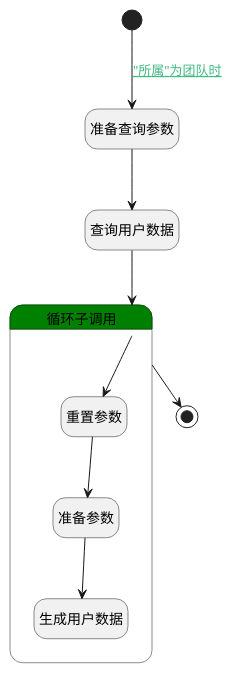
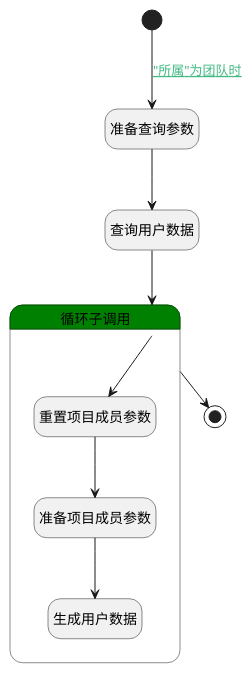
One commit to iBizLab/plm changed the diagram in doc/docsify/module/ProjMgmt/project/logic/auto_create_members.md. Above: the diagram before and after it, drawn with PlantUML. The commit also changed other lines of this file and 1778 other files, not shown here.

````diff
--- a/doc/docsify/module/ProjMgmt/project/logic/auto_create_members.md
+++ b/doc/docsify/module/ProjMgmt/project/logic/auto_create_members.md
@@ -7,32 +7,32 @@
 ```plantuml
 @startuml
 hide empty description
 <style>
 root {
   HyperlinkColor #42b983
 }
 </style>
 
 hide empty description
 state "开始" as Begin <<start>> [[$./auto_create_members#begin {"开始"}]]
 state "准备查询参数" as PREPAREPARAM2  [[$./auto_create_members#prepareparam2 {"准备查询参数"}]]
 state "查询用户数据" as DEDATASET1  [[$./auto_create_members#dedataset1 {"查询用户数据"}]]
 state "结束" as END1 <<end>> [[$./auto_create_members#end1 {"结束"}]]
 state "循环子调用" as LOOPSUBCALL1  [[$./auto_create_members#loopsubcall1 {"循环子调用"}]] #green {
-state "重置参数" as RESETPARAM1  [[$./auto_create_members#resetparam1 {"重置参数"}]]
-state "准备参数" as PREPAREPARAM4  [[$./auto_create_members#prepareparam4 {"准备参数"}]]
+state "重置项目成员参数" as RESETPARAM1  [[$./auto_create_members#resetparam1 {"重置项目成员参数"}]]
+state "准备项目成员参数" as PREPAREPARAM4  [[$./auto_create_members#prepareparam4 {"准备项目成员参数"}]]
 state "生成用户数据" as DEACTION3  [[$./auto_create_members#deaction3 {"生成用户数据"}]]
 }
 
 
 Begin --> PREPAREPARAM2 : [[$./auto_create_members#begin-prepareparam2{"所属"为团队时} "所属"为团队时]]
 PREPAREPARAM2 --> DEDATASET1
 DEDATASET1 --> LOOPSUBCALL1
 LOOPSUBCALL1 --> RESETPARAM1
 RESETPARAM1 --> PREPAREPARAM4
 PREPAREPARAM4 --> DEACTION3
 LOOPSUBCALL1 --> END1
 
 
 @enduml
 ```
````
